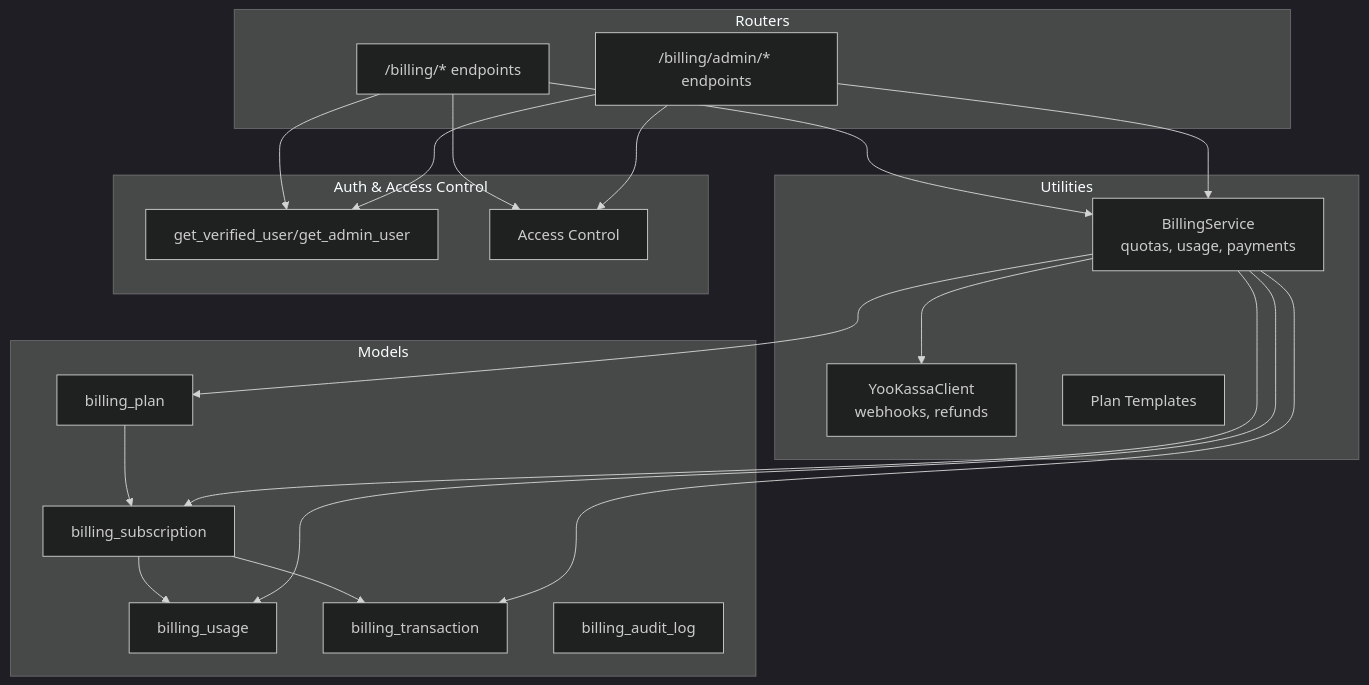
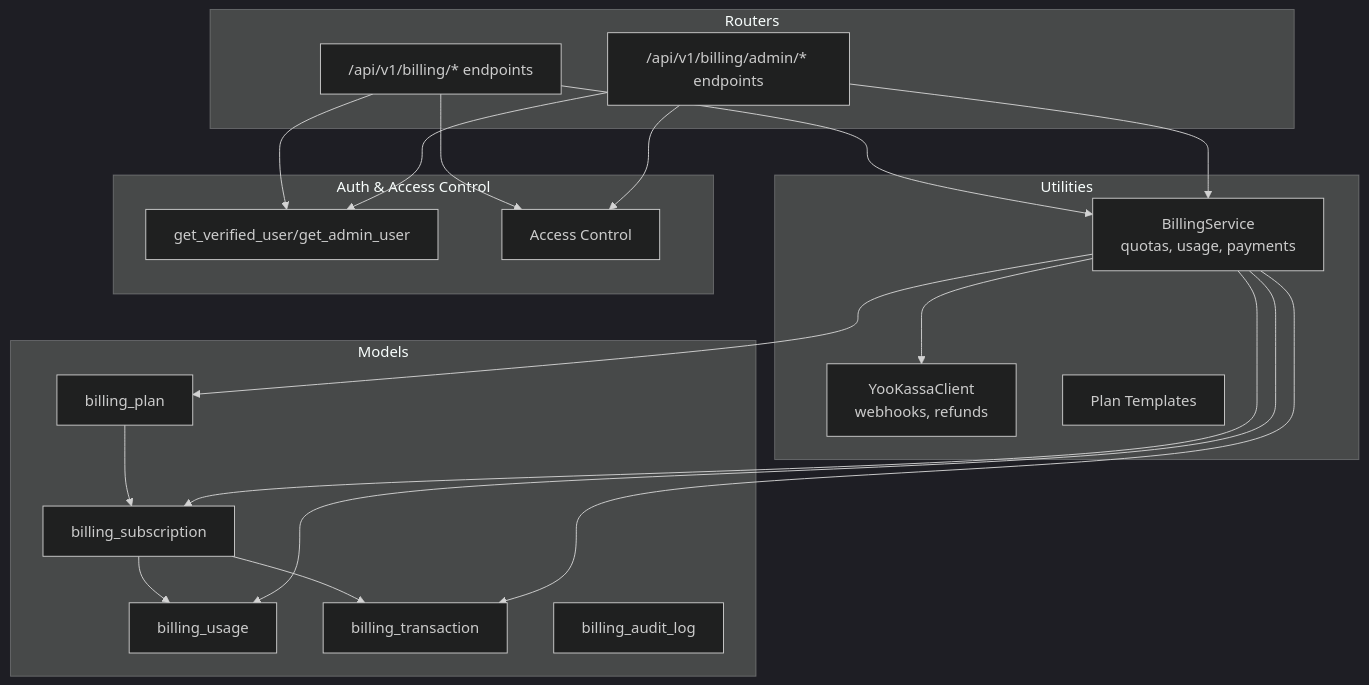
Before and after one commit to yshishenya/open-webui: the first of 5 diagrams in .qoder/repowiki/en/content/Data Model/System and Metadata Data Model/Billing Data Model.md, drawn with Mermaid (dark theme). The commit also changed other lines of this file and 345 other files, not shown here.

````diff
--- a/.qoder/repowiki/en/content/Data Model/System and Metadata Data Model/Billing Data Model.md
+++ b/.qoder/repowiki/en/content/Data Model/System and Metadata Data Model/Billing Data Model.md
@@ -41,37 +45,37 @@
 ```mermaid
 graph TB
 subgraph "Models"
 PLAN["billing_plan"]
 SUB["billing_subscription"]
 USAGE["billing_usage"]
 TX["billing_transaction"]
 AUDIT["billing_audit_log"]
 end
 subgraph "Utilities"
 BILL["BillingService<br/>quotas, usage, payments"]
 YK["YooKassaClient<br/>webhooks, refunds"]
 PT["Plan Templates"]
 end
 subgraph "Routers"
-RB["/billing/* endpoints"]
-RAB["/billing/admin/* endpoints"]
+RB["/api/v1/billing/* endpoints"]
+RAB["/api/v1/billing/admin/* endpoints"]
 end
 subgraph "Auth & Access Control"
 AUTH["get_verified_user/get_admin_user"]
 AC["Access Control"]
 end
 PLAN --> SUB
 SUB --> USAGE
 SUB --> TX
 BILL --> PLAN
 BILL --> SUB
 BILL --> USAGE
 BILL --> TX
 BILL --> YK
 RB --> BILL
 RAB --> BILL
 RB --> AUTH
 RAB --> AUTH
 RB --> AC
 RAB --> AC
 ```
````
